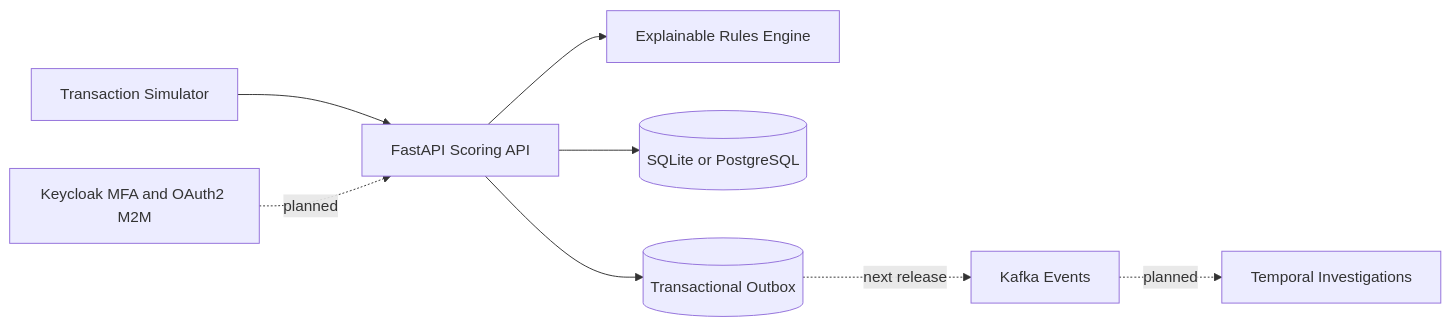
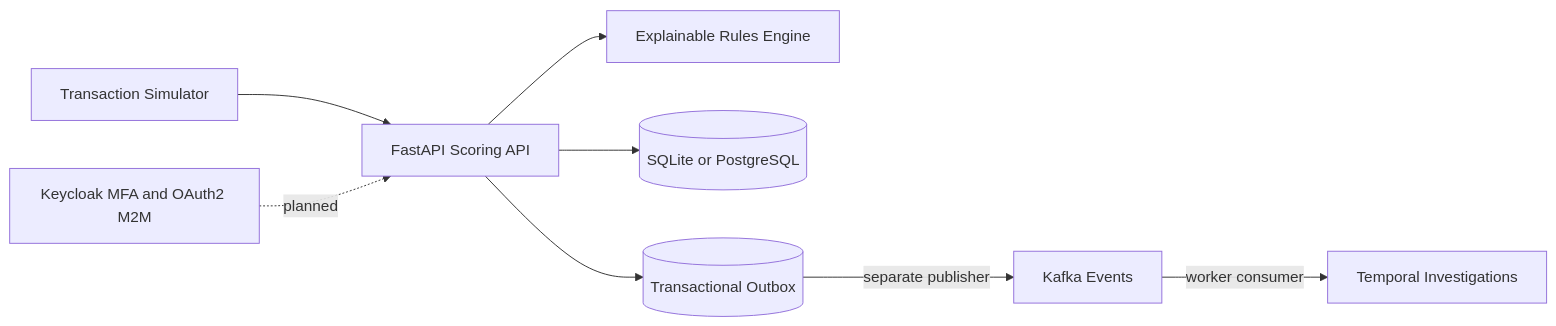
One commit to bmaadhhurishree-coder/fraudshield-python changed the diagram in README.md. Above: the diagram before and after it, drawn with Mermaid. The commit also changed other lines of this file, not shown here.

Commit message:
docs: describe experimental Kafka and Temporal services

````diff
--- a/README.md
+++ b/README.md
@@ -56,10 +56,10 @@
 ```mermaid
 flowchart LR
     Simulator[Transaction Simulator] --> FastAPI[FastAPI Scoring API]
     FastAPI --> Rules[Explainable Rules Engine]
     FastAPI --> DB[(SQLite or PostgreSQL)]
     FastAPI --> Outbox[(Transactional Outbox)]
-    Outbox -. next release .-> Kafka[Kafka Events]
-    Kafka -. planned .-> Temporal[Temporal Investigations]
+    Outbox -->|separate publisher| Kafka[Kafka Events]
+    Kafka -->|worker consumer| Temporal[Temporal Investigations]
     Identity[Keycloak MFA and OAuth2 M2M] -. planned .-> FastAPI
 ```
````
